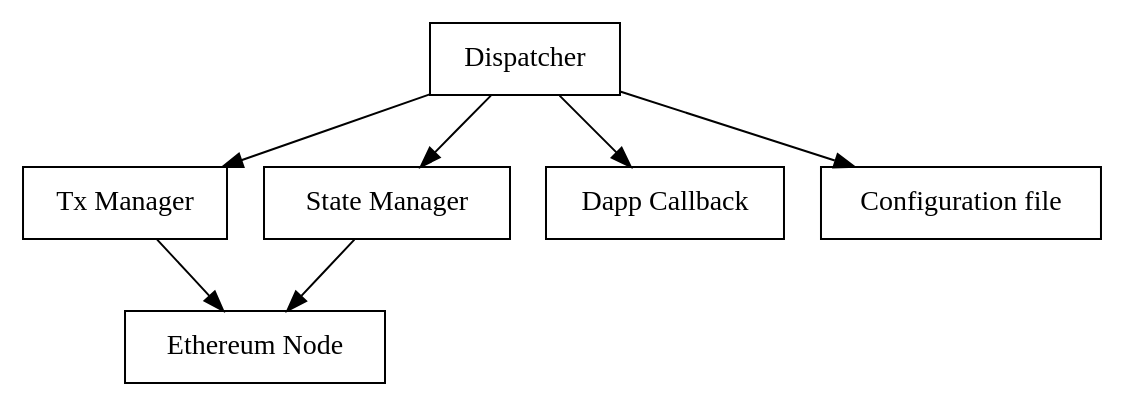
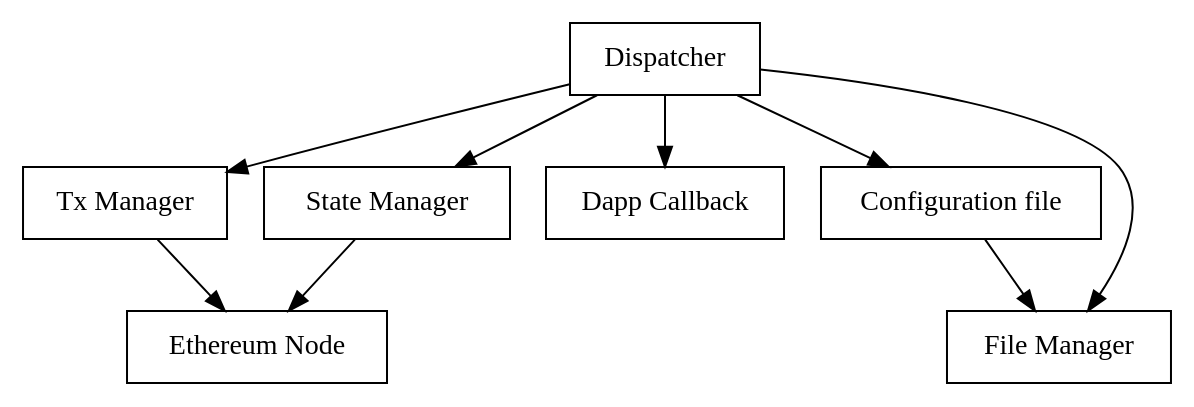
Before and after one commit to cartesi/dispatcher: the diagram in diagram.dot, drawn with Graphviz. The commit also changed 1 other file, not shown here.

```diff
--- a/diagram.dot
+++ b/diagram.dot
@@ -1,15 +1,17 @@
 digraph {
   node [shape=box]
   N [label="Ethereum Node"]
 
   T [label="Tx Manager"]
   I [label="State Manager"]
   T -> N
   I -> N
 
   D [label="Dispatcher"]
 
   A [label="Dapp Callback"]
   C [label="Configuration file"]
-  D -> {I T A C}
+  F [label="File Manager"]
+  D -> {I T A C F}
+  C -> F
 }
```
